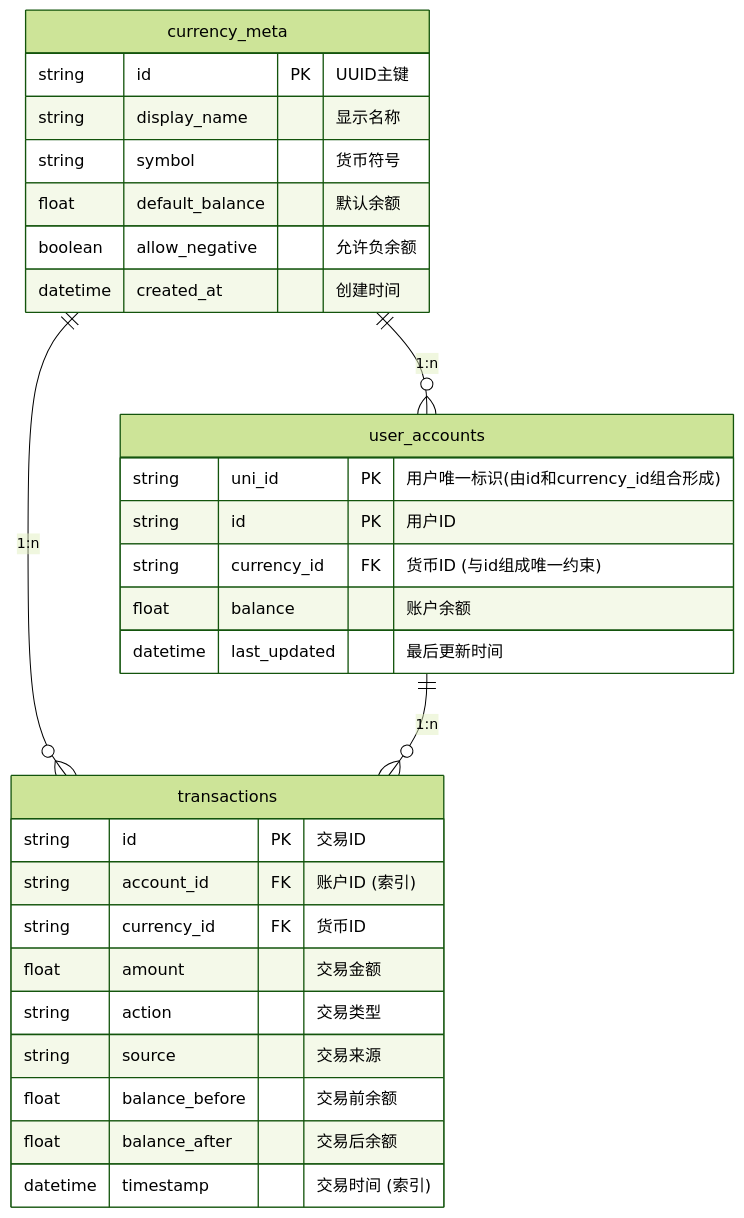
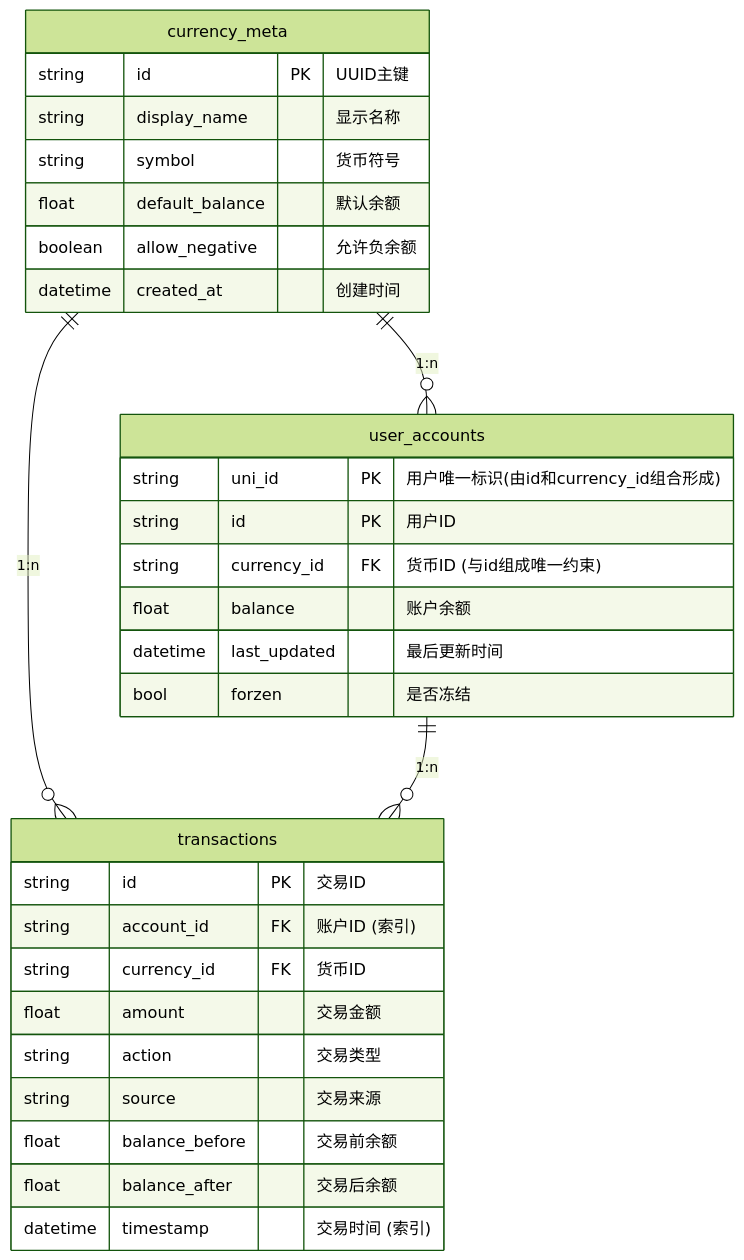
Before and after one commit to LiteSuggarDEV/nonebot_plugin_value: the diagram in docs/api.md, drawn with Mermaid (forest theme). The commit also changed other lines of this file and 12 other files, not shown here.

````diff
--- a/docs/api.md
+++ b/docs/api.md
@@ -5,35 +5,36 @@
 ```mermaid
 erDiagram
     currency_meta ||--o{ user_accounts : "1:n"
     currency_meta ||--o{ transactions : "1:n"
     user_accounts ||--o{ transactions : "1:n"
 
     currency_meta {
         string id PK "UUID主键"
         string display_name "显示名称"
         string symbol "货币符号"
         float default_balance "默认余额"
         boolean allow_negative "允许负余额"
         datetime created_at "创建时间"
     }
 
     user_accounts {
         string uni_id PK "用户唯一标识(由id和currency_id组合形成)"
         string id PK "用户ID"
         string currency_id FK "货币ID (与id组成唯一约束)"
         float balance "账户余额"
         datetime last_updated "最后更新时间"
+        bool forzen "是否冻结"
     }
 
     transactions {
         string id PK "交易ID"
         string account_id FK "账户ID (索引)"
         string currency_id FK "货币ID"
         float amount "交易金额"
         string action "交易类型"
         string source "交易来源"
         float balance_before "交易前余额"
         float balance_after "交易后余额"
         datetime timestamp "交易时间 (索引)"
     }
 ```
````
